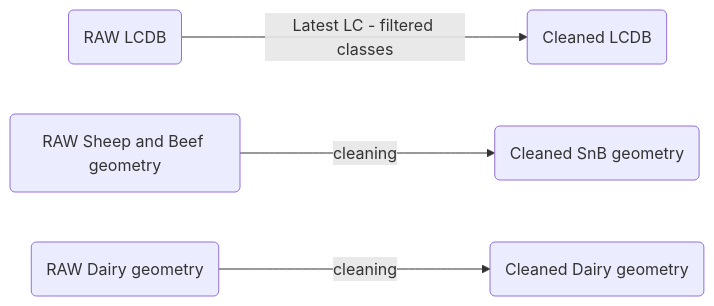
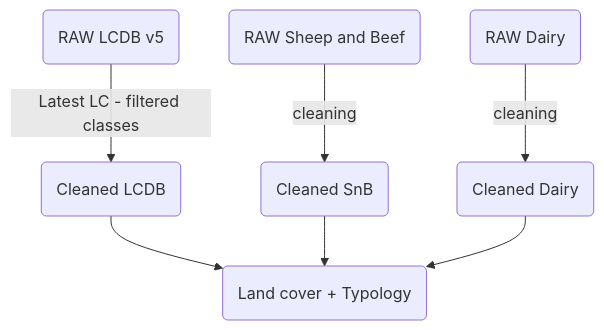
One commit to headwaters-hydrology/olw2-sc008 changed the diagram in web_app/docs/land_cover_methods.md. Above: the diagram before and after it, drawn with Mermaid. The commit also changed other lines of this file, not shown here.

````diff
--- a/web_app/docs/land_cover_methods.md
+++ b/web_app/docs/land_cover_methods.md
@@ -5,7 +41,9 @@
 ```mermaid
-flowchart LR
-    lcdb1(RAW LCDB) -->|Latest LC - filtered classes| lcdb2(Cleaned LCDB)
-    snb1(RAW Sheep and Beef geometry) --> |cleaning| snb2(Cleaned SnB geometry)
-    dairy1(RAW Dairy geometry) --> |cleaning| dairy2(Cleaned Dairy geometry)
+flowchart TB
+    lcdb1(RAW LCDB v5) -->|Latest LC - filtered classes| lcdb2(Cleaned LCDB)
+    snb1(RAW Sheep and Beef) --> |cleaning| snb2(Cleaned SnB)
+    dairy1(RAW Dairy) --> |cleaning| dairy2(Cleaned Dairy)
+
+    lcdb2 & snb2 & dairy2 -->  lcgeo(Land cover + Typology)
 
 ```
````
